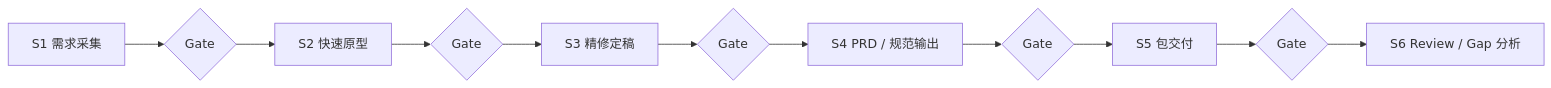
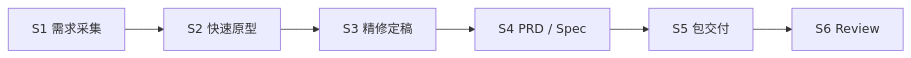
One commit to zzhssg/Antskills changed the first of 2 diagrams in antskill-creator/README.zh.md. Above: the diagram before and after it, drawn with Mermaid. The commit also changed other lines of this file and 1 other file, not shown here.

````diff
--- a/antskill-creator/README.zh.md
+++ b/antskill-creator/README.zh.md
@@ -47,13 +70,8 @@
 ```mermaid
 flowchart LR
-  S1["S1 需求采集"] --> G1{"Gate"}
-  G1 --> S2["S2 快速原型"]
-  S2 --> G2{"Gate"}
-  G2 --> S3["S3 精修定稿"]
-  S3 --> G3{"Gate"}
-  G3 --> S4["S4 PRD / 规范输出"]
-  S4 --> G4{"Gate"}
-  G4 --> S5["S5 包交付"]
-  S5 --> G5{"Gate"}
-  G5 --> S6["S6 Review / Gap 分析"]
+  S1["S1 需求采集"] --> S2["S2 快速原型"]
+  S2 --> S3["S3 精修定稿"]
+  S3 --> S4["S4 PRD / Spec"]
+  S4 --> S5["S5 包交付"]
+  S5 --> S6["S6 Review"]
 ```
````
